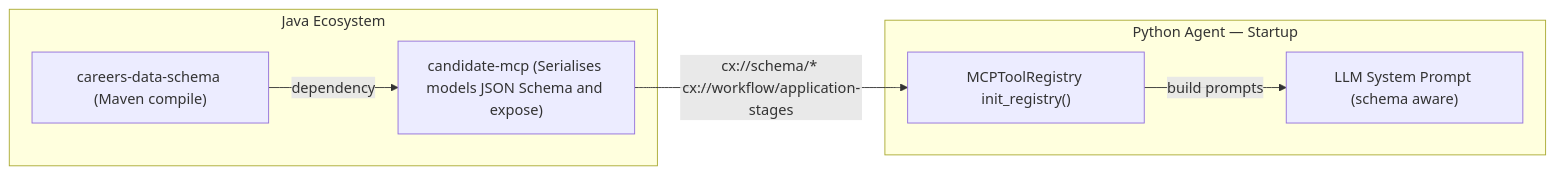
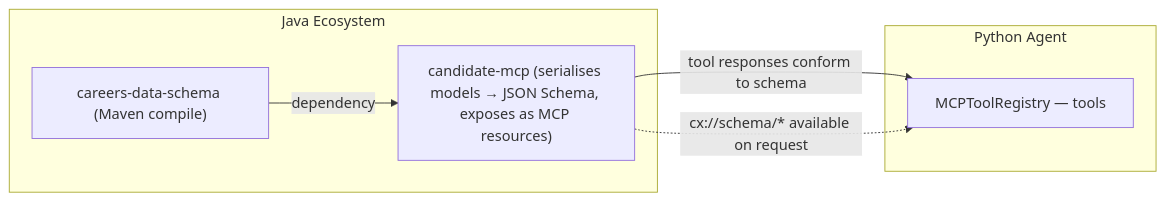
Diagram 13 of 30 in LLD_POST_APPLY_ASSISTANT.md (venkat-raman17/candidate-agent), drawn with Mermaid before and after one commit. The commit also changed other lines of this file, not shown here.

````diff
--- a/LLD_POST_APPLY_ASSISTANT.md
+++ b/LLD_POST_APPLY_ASSISTANT.md
@@ -864,19 +865,15 @@
 ```mermaid
 flowchart LR
     subgraph "Java Ecosystem"
         CDS["careers-data-schema (Maven compile)"]
-
-        CMCP["candidate-mcp (Serialises models JSON Schema and expose)"]
-
+        CMCP["candidate-mcp (serialises models → JSON Schema, exposes as MCP resources)"]
         CDS -->|"dependency"| CMCP
     end
 
-    subgraph "Python Agent — Startup"
-        REG["MCPToolRegistry init_registry()"]
-        LLM["LLM System Prompt (schema aware)"]
-
-        REG -->|"build prompts"| LLM
+    subgraph "Python Agent"
+        REG["MCPToolRegistry — tools"]
     end
 
-    CMCP -->|"cx://schema/* cx://workflow/application-stages"| REG
+    CMCP -->|"tool responses conform to schema"| REG
+    CMCP -.->|"cx://schema/* available on request"| REG
 ```
````
